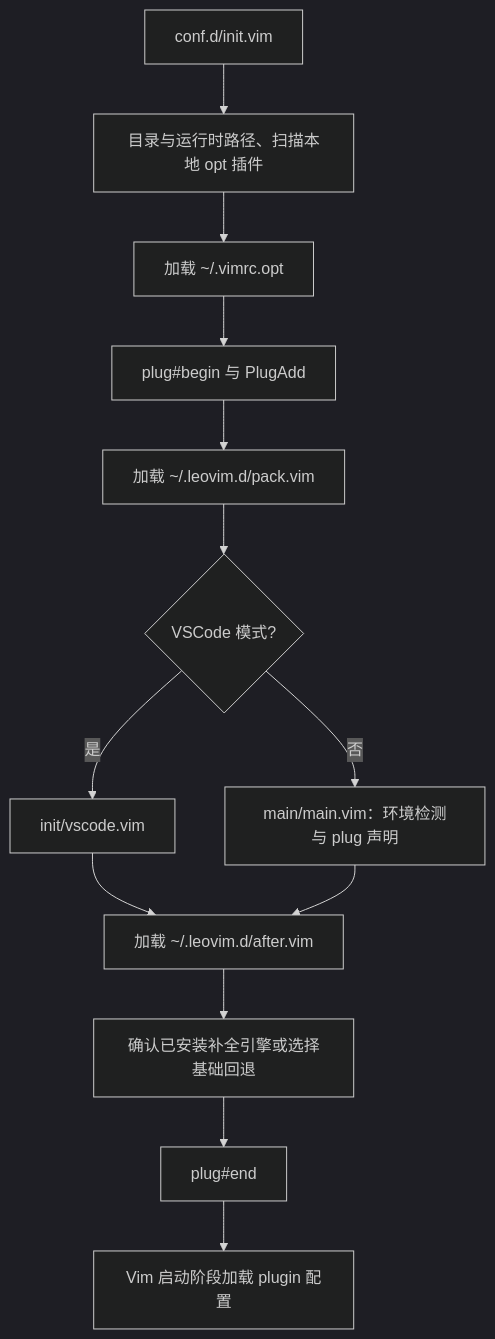
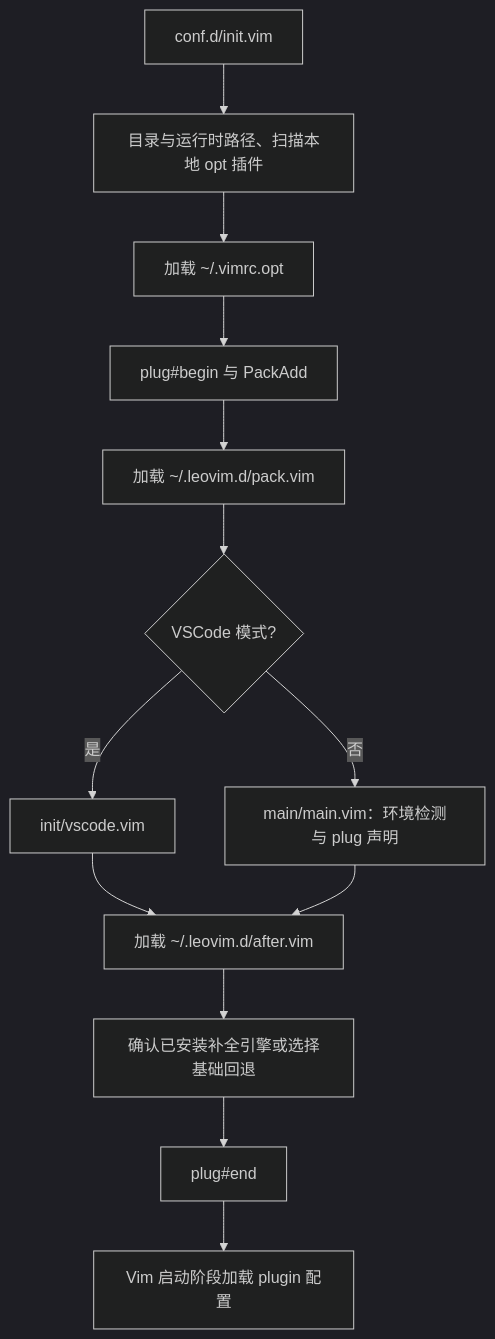
Before and after one commit to leoatchina/leovim: the diagram in README.md, drawn with Mermaid (dark theme). The commit also changed other lines of this file and 7 other files, not shown here.

````diff
--- a/README.md
+++ b/README.md
@@ -176,15 +176,15 @@
 ```mermaid
 flowchart TD
     A[conf.d/init.vim] --> B[目录与运行时路径、扫描本地 opt 插件]
     B --> C[加载 ~/.vimrc.opt]
-    C --> D[plug#begin 与 PlugAdd]
+    C --> D[plug#begin 与 PackAdd]
     D --> E[加载 ~/.leovim.d/pack.vim]
     E --> F{VSCode 模式?}
     F -->|是| G[init/vscode.vim]
     F -->|否| H[main/main.vim：环境检测与 plug 声明]
     G --> I[加载 ~/.leovim.d/after.vim]
     H --> I
     I --> J[确认已安装补全引擎或选择基础回退]
     J --> K[plug#end]
     K --> L[Vim 启动阶段加载 plugin 配置]
 ```
````
